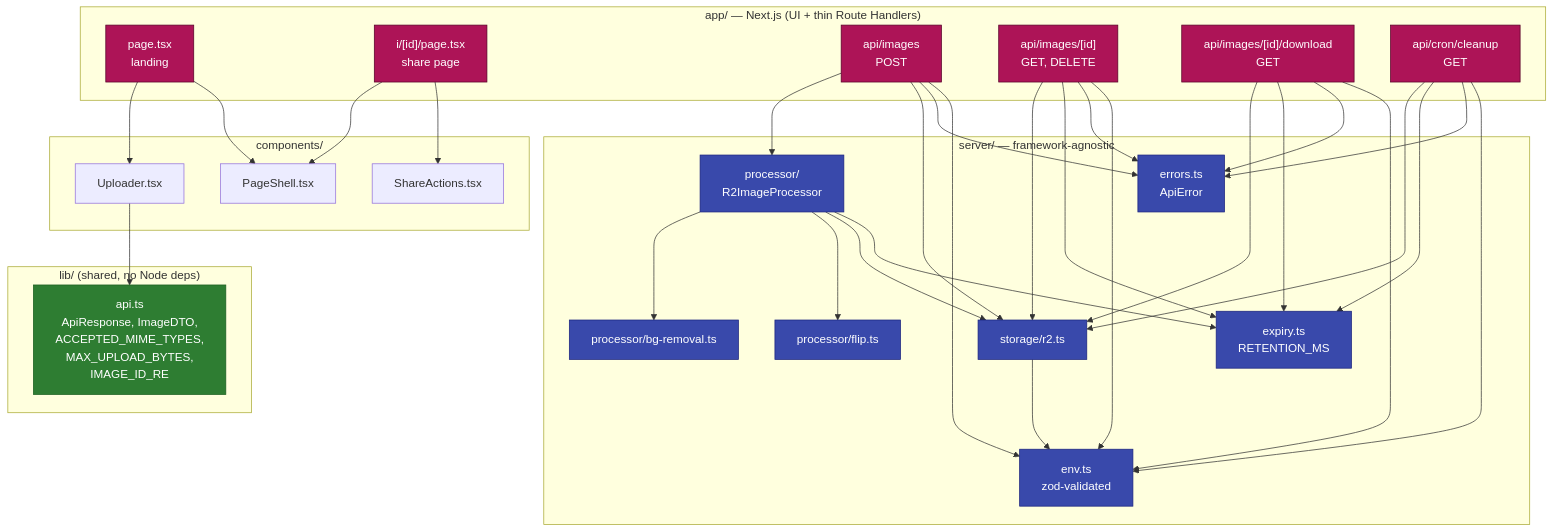
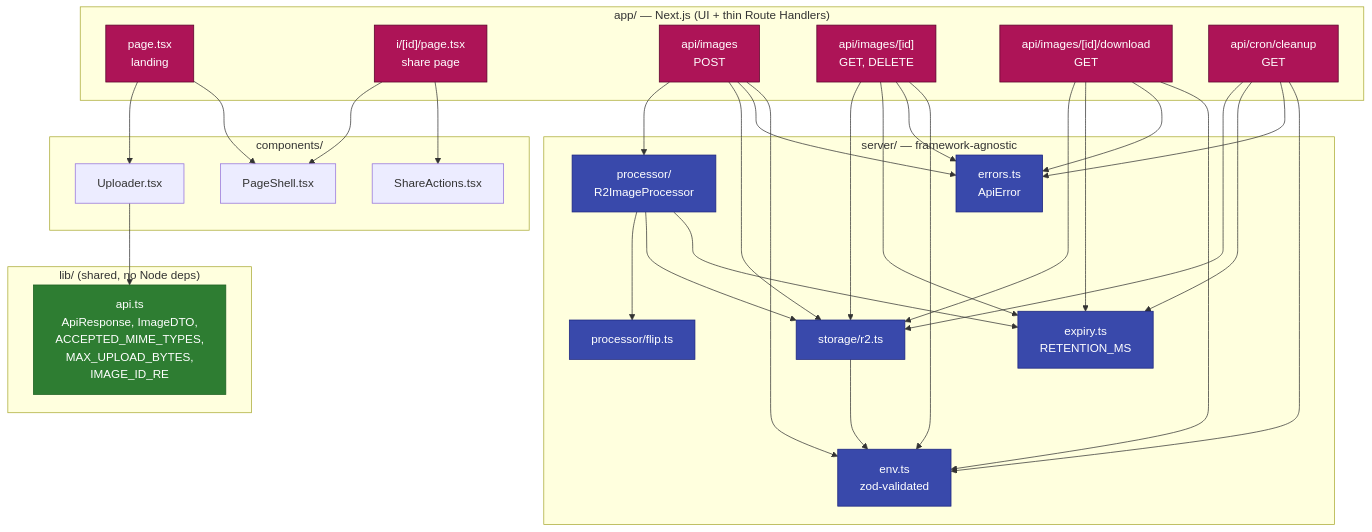
One commit to agustin-vaca/image-transformation changed the second of 5 diagrams in docs/ARCHITECTURE.md. Above: the diagram before and after it, drawn with Mermaid. The commit also changed other lines of this file and 21 other files, not shown here.

First line of the commit message:
perf: move bg-removal to the browser (eliminates ~14s server CPU floor) (#15)

````diff
--- a/docs/ARCHITECTURE.md
+++ b/docs/ARCHITECTURE.md
@@ -49,65 +50,63 @@
 ```mermaid
 flowchart TB
     subgraph app["app/ — Next.js (UI + thin Route Handlers)"]
         page[page.tsx<br/>landing]
         ipage["i/[id]/page.tsx<br/>share page"]
         upload["api/images<br/>POST"]
         meta["api/images/[id]<br/>GET, DELETE"]
         download["api/images/[id]/download<br/>GET"]
         cleanup[api/cron/cleanup<br/>GET]
     end
 
     subgraph components["components/"]
         uploader[Uploader.tsx]
         shell[PageShell.tsx]
         share[ShareActions.tsx]
     end
 
     subgraph lib["lib/ (shared, no Node deps)"]
         api["api.ts<br/>ApiResponse, ImageDTO,<br/>ACCEPTED_MIME_TYPES,<br/>MAX_UPLOAD_BYTES,<br/>IMAGE_ID_RE"]
     end
 
     subgraph server["server/ — framework-agnostic"]
         proc["processor/<br/>R2ImageProcessor"]
-        bg[processor/bg-removal.ts]
         flip[processor/flip.ts]
         storage[storage/r2.ts]
         env[env.ts<br/>zod-validated]
         errors[errors.ts<br/>ApiError]
         expiry[expiry.ts<br/>RETENTION_MS]
     end
 
     page --> uploader
     page --> shell
     ipage --> shell
     ipage --> share
     uploader --> api
     upload --> proc
     upload --> storage
     meta --> storage
     meta --> expiry
     download --> storage
     download --> expiry
     cleanup --> storage
     cleanup --> expiry
-    proc --> bg
     proc --> flip
     proc --> storage
     proc --> expiry
     upload --> errors
     meta --> errors
     download --> errors
     cleanup --> errors
     upload --> env
     meta --> env
     download --> env
     cleanup --> env
     storage --> env
 
     classDef serverNode fill:#3949ab,stroke:#1a237e,color:#fff
     classDef appNode fill:#ad1457,stroke:#560027,color:#fff
     classDef libNode fill:#2e7d32,stroke:#1b5e20,color:#fff
-    class proc,bg,flip,storage,env,errors,expiry serverNode
+    class proc,flip,storage,env,errors,expiry serverNode
     class page,ipage,upload,meta,download,cleanup appNode
     class api libNode
 ```
````
